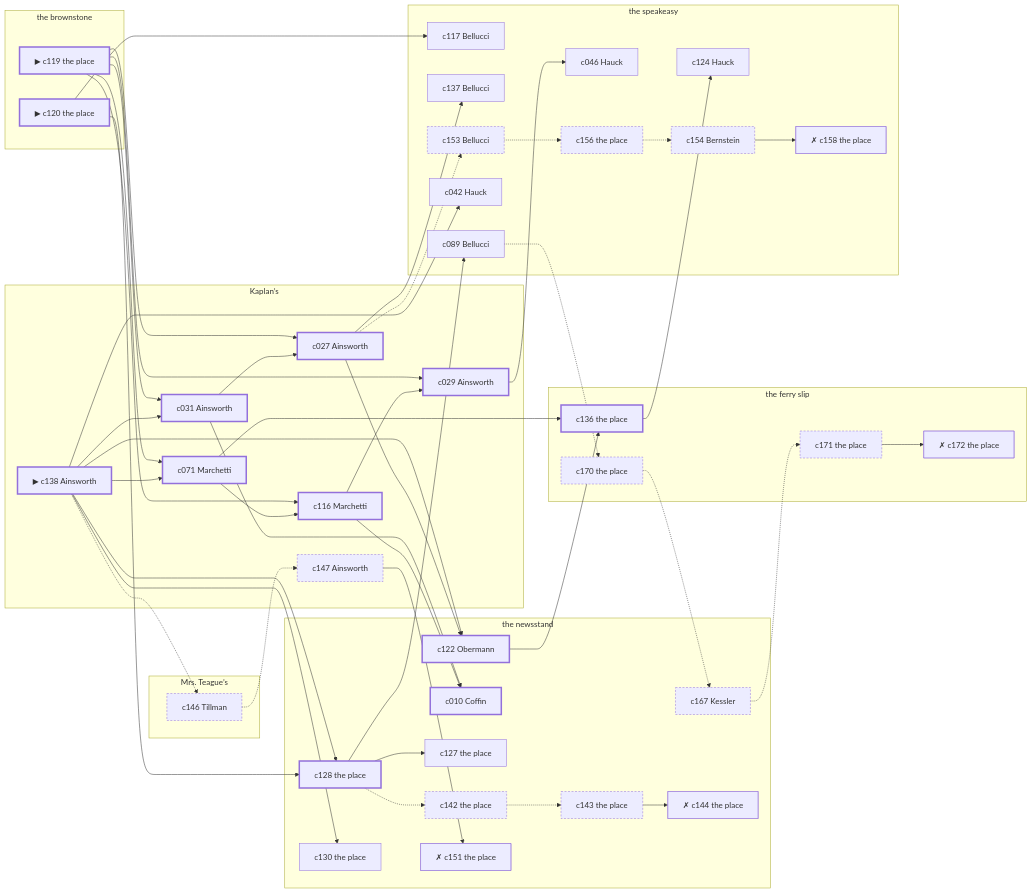
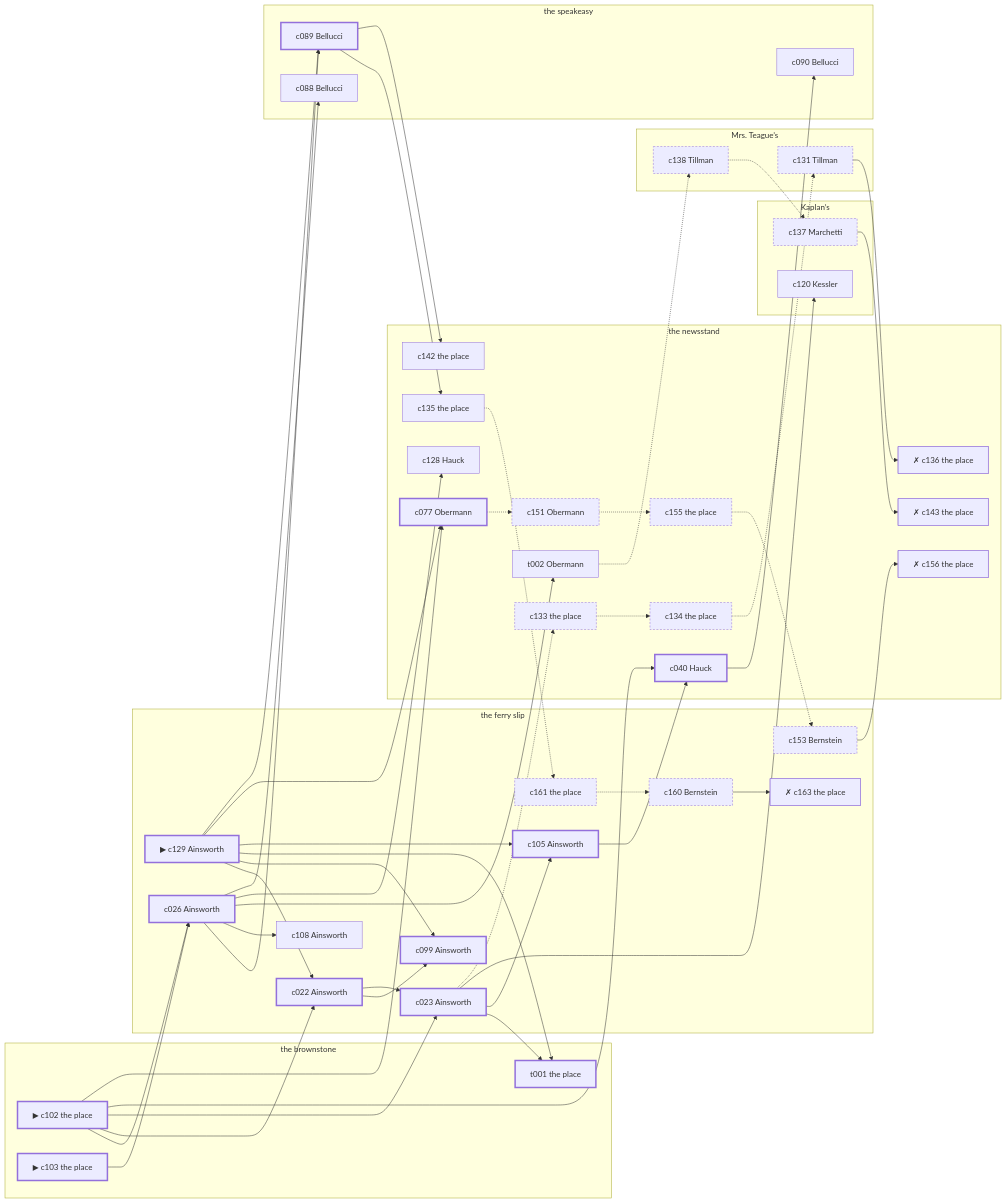
The diagram in docs/samples/case-6.md (lyamshin/dashiell), drawn with Mermaid before and after one commit. The commit also changed other lines of this file and 110 other files, not shown here.

````diff
--- a/docs/samples/case-6.md
+++ b/docs/samples/case-6.md
@@ -317,97 +707,97 @@
 ```mermaid
 graph LR
   subgraph P1["Kaplan’s"]
-    c138["▶ c138 Ainsworth"]
-    c031["c031 Ainsworth"]
-    c027["c027 Ainsworth"]
-    c071["c071 Marchetti"]
-    c116["c116 Marchetti"]
-    c029["c029 Ainsworth"]
-    c147["c147 Ainsworth"]
+    c120["c120 Kessler"]
+    c137["c137 Marchetti"]
   end
   subgraph P2["the newsstand"]
-    c122["c122 Obermann"]
-    c128["c128 the place"]
-    c010["c010 Coffin"]
-    c130["c130 the place"]
-    c127["c127 the place"]
-    c167["c167 Kessler"]
+    c040["c040 Hauck"]
+    c077["c077 Obermann"]
+    t002["t002 Obermann"]
+    c128["c128 Hauck"]
+    c135["c135 the place"]
     c142["c142 the place"]
-    c143["c143 the place"]
-    c144["✗ c144 the place"]
-    c151["✗ c151 the place"]
+    c133["c133 the place"]
+    c134["c134 the place"]
+    c136["✗ c136 the place"]
+    c151["c151 Obermann"]
+    c155["c155 the place"]
+    c156["✗ c156 the place"]
+    c143["✗ c143 the place"]
   end
   subgraph P3["Mrs. Teague’s"]
-    c146["c146 Tillman"]
+    c131["c131 Tillman"]
+    c138["c138 Tillman"]
   end
   subgraph P4["the brownstone"]
-    c119["▶ c119 the place"]
-    c120["▶ c120 the place"]
+    c102["▶ c102 the place"]
+    c103["▶ c103 the place"]
+    t001["t001 the place"]
   end
   subgraph P5["the ferry slip"]
-    c136["c136 the place"]
-    c170["c170 the place"]
-    c171["c171 the place"]
-    c172["✗ c172 the place"]
+    c129["▶ c129 Ainsworth"]
+    c026["c026 Ainsworth"]
+    c022["c022 Ainsworth"]
+    c099["c099 Ainsworth"]
+    c023["c023 Ainsworth"]
+    c105["c105 Ainsworth"]
+    c108["c108 Ainsworth"]
+    c153["c153 Bernstein"]
+    c161["c161 the place"]
+    c160["c160 Bernstein"]
+    c163["✗ c163 the place"]
   end
   subgraph P6["the speakeasy"]
-    c046["c046 Hauck"]
-    c117["c117 Bellucci"]
-    c124["c124 Hauck"]
-    c137["c137 Bellucci"]
     c089["c089 Bellucci"]
-    c042["c042 Hauck"]
-    c153["c153 Bellucci"]
-    c156["c156 the place"]
-    c154["c154 Bernstein"]
-    c158["✗ c158 the place"]
+    c090["c090 Bellucci"]
+    c088["c088 Bellucci"]
   end
-  c119 --> c031
-  c119 --> c027
-  c119 --> c071
-  c119 --> c116
-  c119 --> c029
-  c120 --> c128
-  c120 --> c117
-  c138 --> c031
-  c138 --> c071
-  c138 --> c122
-  c138 --> c128
-  c138 --> c130
-  c138 --> c042
-  c138 -.-> c146
-  c031 --> c027
-  c031 --> c010
-  c027 --> c122
-  c027 --> c137
-  c027 -.-> c153
-  c071 --> c116
-  c071 --> c136
-  c116 --> c029
-  c116 --> c010
-  c029 --> c046
-  c122 --> c136
-  c128 --> c089
-  c128 --> c127
-  c128 -.-> c142
-  c136 --> c124
-  c089 -.-> c170
-  c153 -.-> c156
-  c156 -.-> c154
-  c154 --> c158
-  c170 -.-> c167
-  c167 -.-> c171
-  c171 --> c172
-  c142 -.-> c143
-  c143 --> c144
-  c146 -.-> c147
-  c147 --> c151
+  c102 --> c026
+  c102 --> c022
+  c102 --> c023
+  c102 --> c040
+  c102 --> c077
+  c103 --> c026
+  c129 --> c022
+  c129 --> c099
+  c129 --> t001
+  c129 --> c105
+  c129 --> c077
+  c129 --> c089
+  c026 --> c089
+  c026 --> c108
+  c026 --> t002
+  c026 --> c128
+  c026 --> c088
+  c022 --> c099
+  c022 --> c023
+  c023 --> t001
+  c023 --> c105
+  c023 --> c120
+  c023 -.-> c133
+  c105 --> c040
+  c040 --> c090
+  c077 -.-> c151
+  c089 --> c135
+  c089 --> c142
+  t002 -.-> c138
+  c135 -.-> c161
+  c133 -.-> c134
+  c134 -.-> c131
+  c131 --> c136
+  c151 -.-> c155
+  c155 -.-> c153
+  c153 --> c156
+  c161 -.-> c160
+  c160 --> c163
+  c138 -.-> c137
+  c137 --> c143
   classDef spine stroke-width:3px;
   classDef corrob stroke-width:1px;
   classDef noise stroke-dasharray: 4 3;
   classDef disq stroke-width:2px,stroke-dasharray: 1 0;
-  class c119,c120,c138,c031,c027,c071,c116,c029,c122,c128,c010,c136 spine;
-  class c046,c117,c124,c137,c089,c130,c127,c042 corrob;
-  class c153,c156,c154,c170,c167,c171,c142,c143,c146,c147 noise;
-  class c158,c172,c144,c151 disq;
+  class c102,c103,c129,c026,c022,c099,c023,t001,c105,c040,c077,c089 spine;
+  class c120,c108,t002,c128,c090,c088,c135,c142 corrob;
+  class c133,c134,c131,c151,c155,c153,c161,c160,c138,c137 noise;
+  class c136,c156,c163,c143 disq;
 ```
````
